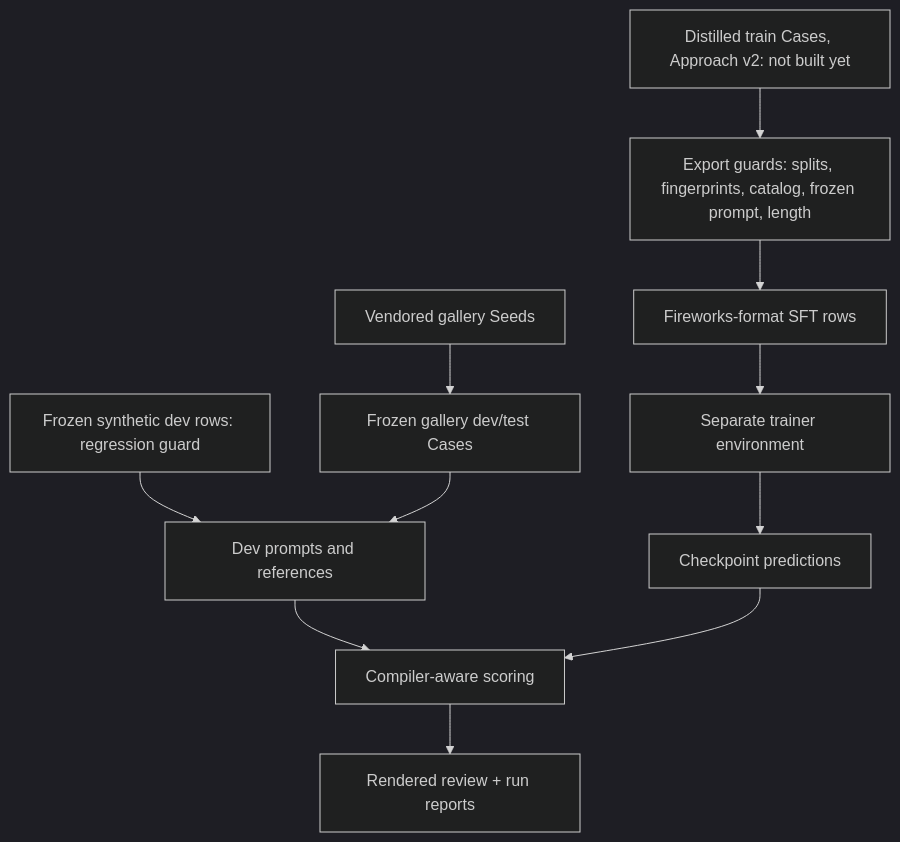
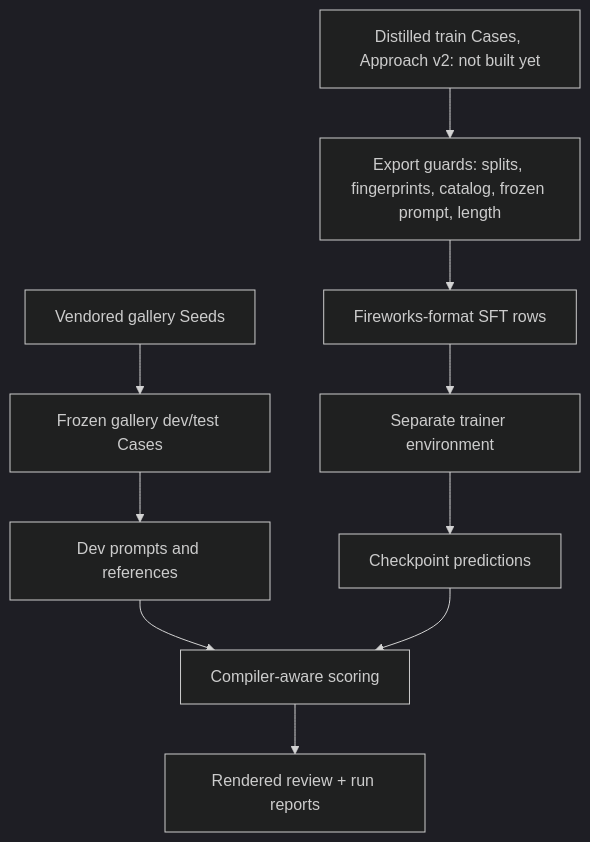
The diagram in glimmer-tune/README.md (williamvoor/glassline), drawn with Mermaid (dark theme) before and after one commit. The commit also changed other lines of this file and 19 other files, not shown here.

First line of the commit message:
refactor(glimmer-tune): drop the synthetic dev set

````diff
--- a/glimmer-tune/README.md
+++ b/glimmer-tune/README.md
@@ -27,13 +27,12 @@
 ```mermaid
 flowchart TD
     S[Vendored gallery Seeds] --> DEV[Frozen gallery dev/test Cases]
-    SYN[Frozen synthetic dev rows: regression guard] --> DEVP
     DEV --> DEVP[Dev prompts and references]
     DIST[Distilled train Cases, Approach v2: not built yet] --> EX[Export guards: splits, fingerprints, catalog, frozen prompt, length]
     EX --> TRAIN[Fireworks-format SFT rows]
     TRAIN --> TR[Separate trainer environment]
     TR --> P[Checkpoint predictions]
     DEVP --> SCORE[Compiler-aware scoring]
     P --> SCORE
     SCORE --> REV[Rendered review + run reports]
 ```
````
